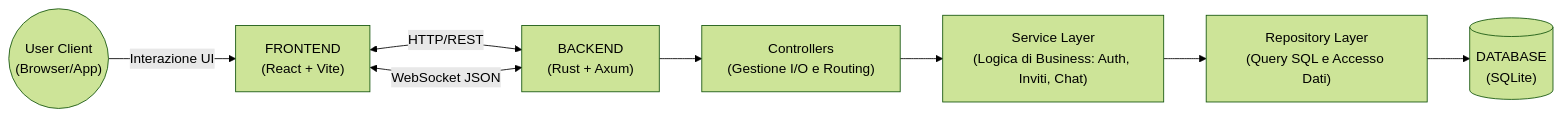
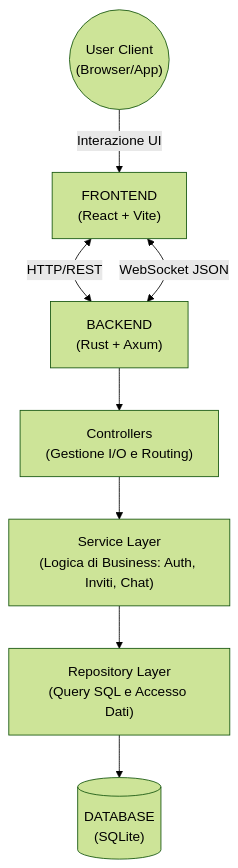
One commit to giosuepinto/ruggine changed the diagram in README.md. Above: the diagram before and after it, drawn with Mermaid (forest theme).

Commit message:
Change graph direction from LR to TD in README

````diff
--- a/README.md
+++ b/README.md
@@ -31,11 +31,11 @@
 ```mermaid
-graph LR
+graph TD
     U(("User Client<br/>(Browser/App)")) -->|Interazione UI| F["FRONTEND<br/>(React + Vite)"]
     F -- "HTTP/REST" <--> B["BACKEND<br/>(Rust + Axum)"]
     F -- "WebSocket JSON" <--> B
     
     B --> C["Controllers<br/>(Gestione I/O e Routing)"]
     C --> S["Service Layer<br/>(Logica di Business: Auth, Inviti, Chat)"]
     S --> R["Repository Layer<br/>(Query SQL e Accesso Dati)"]
     R --> D[("DATABASE<br/>(SQLite)")]
 ```
````
